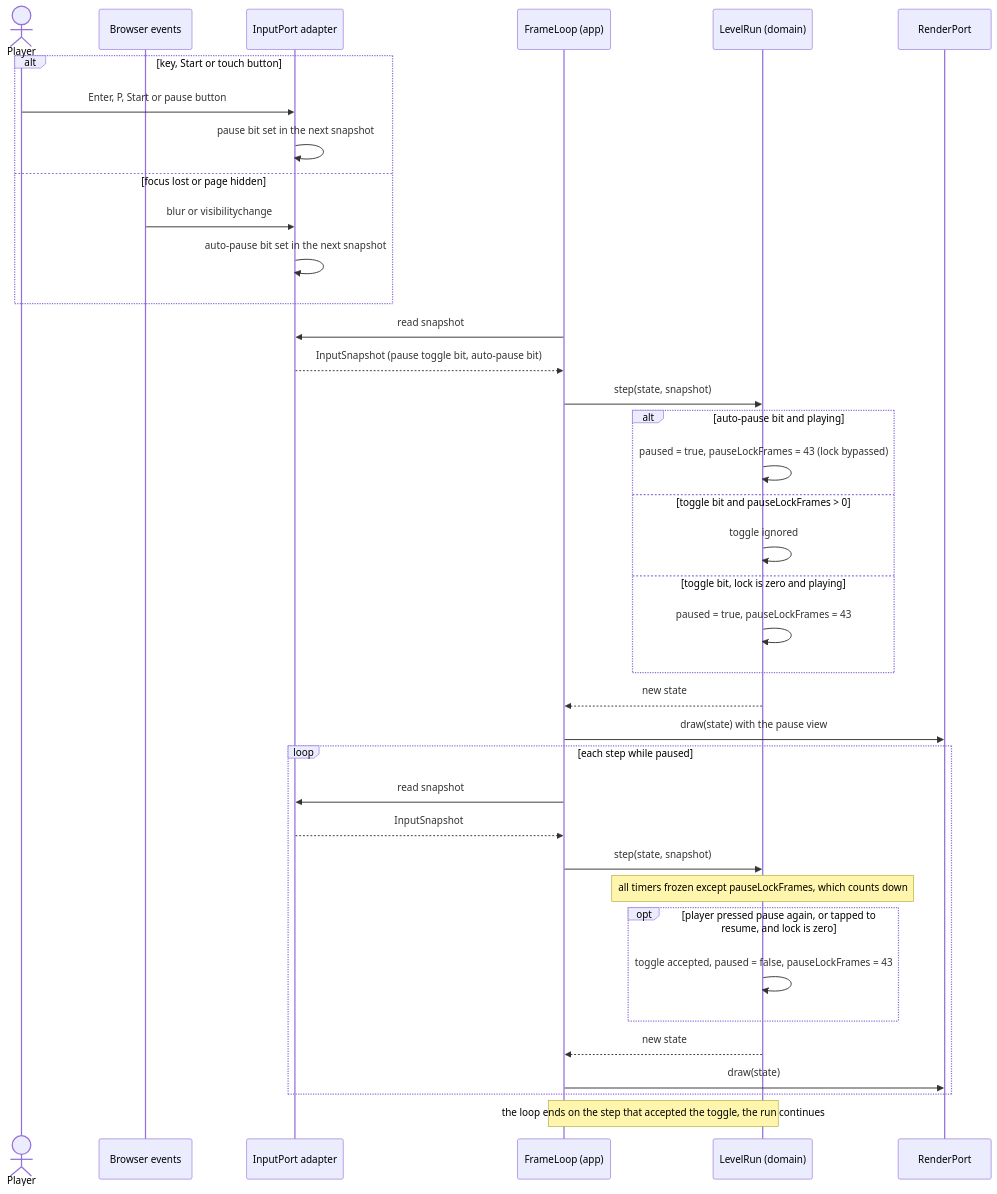
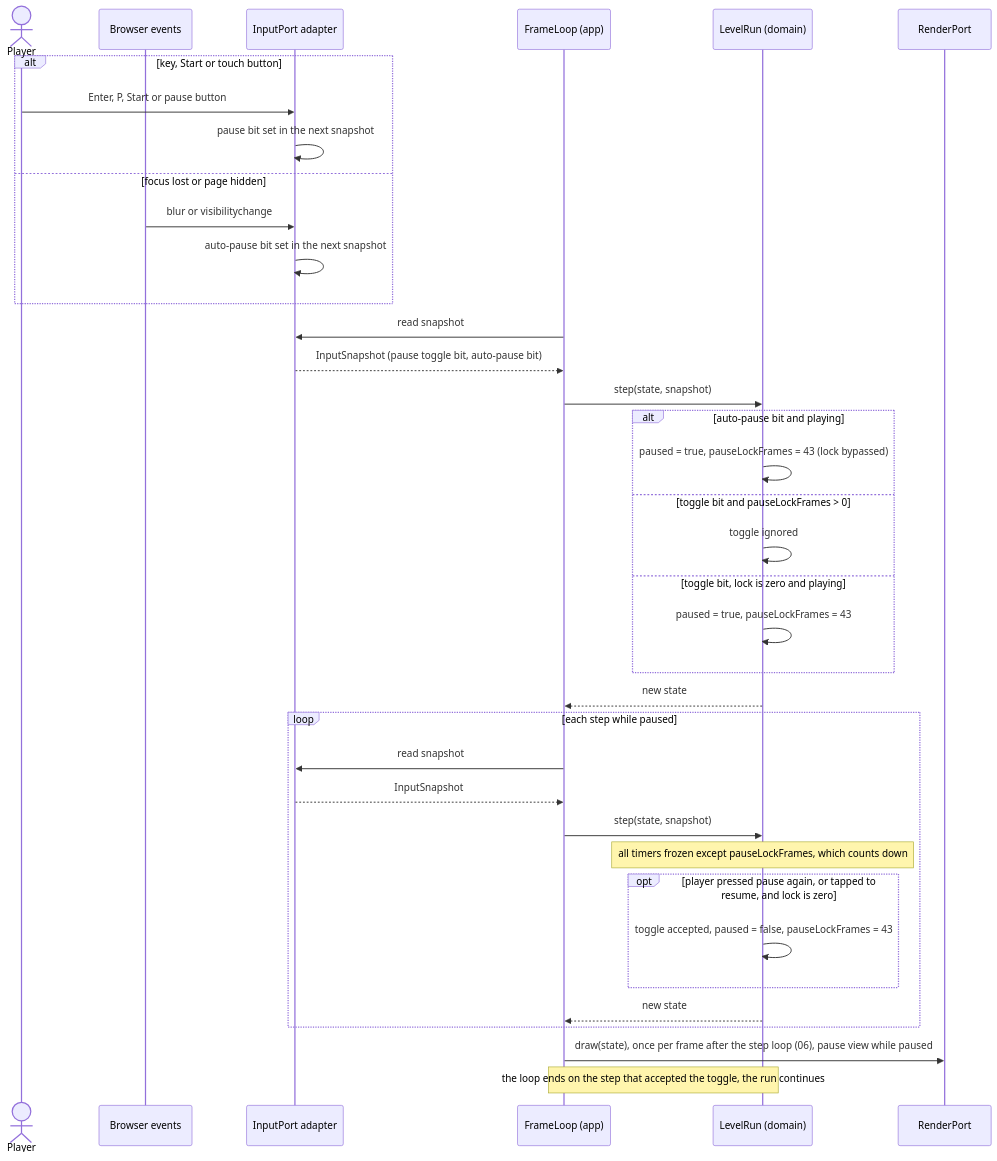
One commit to benoit-bremaud/retro-plumber changed the diagram in docs/architecture/diagrams/gameplay/14-sequence-pause-resume.md. Above: the diagram before and after it, drawn with Mermaid. The commit also changed 2 other files, not shown here.

Commit message:
docs(uml): address sixth Codex review on sequences 12, 14 and D4 (#7)

````diff
--- a/docs/architecture/diagrams/gameplay/14-sequence-pause-resume.md
+++ b/docs/architecture/diagrams/gameplay/14-sequence-pause-resume.md
@@ -14,40 +14,39 @@
 ```mermaid
 sequenceDiagram
     actor P as Player
     participant Br as Browser events
     participant In as InputPort adapter
     participant FL as FrameLoop (app)
     participant LR as LevelRun (domain)
     participant Out as RenderPort
     alt key, Start or touch button
         P->>In: Enter, P, Start or pause button
         In->>In: pause bit set in the next snapshot
     else focus lost or page hidden
         Br->>In: blur or visibilitychange
         In->>In: auto-pause bit set in the next snapshot
     end
     FL->>In: read snapshot
     In-->>FL: InputSnapshot (pause toggle bit, auto-pause bit)
     FL->>LR: step(state, snapshot)
     alt auto-pause bit and playing
         LR->>LR: paused = true, pauseLockFrames = 43 (lock bypassed)
     else toggle bit and pauseLockFrames > 0
         LR->>LR: toggle ignored
     else toggle bit, lock is zero and playing
         LR->>LR: paused = true, pauseLockFrames = 43
     end
     LR-->>FL: new state
-    FL->>Out: draw(state) with the pause view
     loop each step while paused
         FL->>In: read snapshot
         In-->>FL: InputSnapshot
         FL->>LR: step(state, snapshot)
         Note over LR: all timers frozen except pauseLockFrames, which counts down
         opt player pressed pause again, or tapped to resume, and lock is zero
             LR->>LR: toggle accepted, paused = false, pauseLockFrames = 43
         end
         LR-->>FL: new state
-        FL->>Out: draw(state)
     end
+    FL->>Out: draw(state), once per frame after the step loop (06), pause view while paused
     Note over FL,LR: the loop ends on the step that accepted the toggle, the run continues
 ```
````
